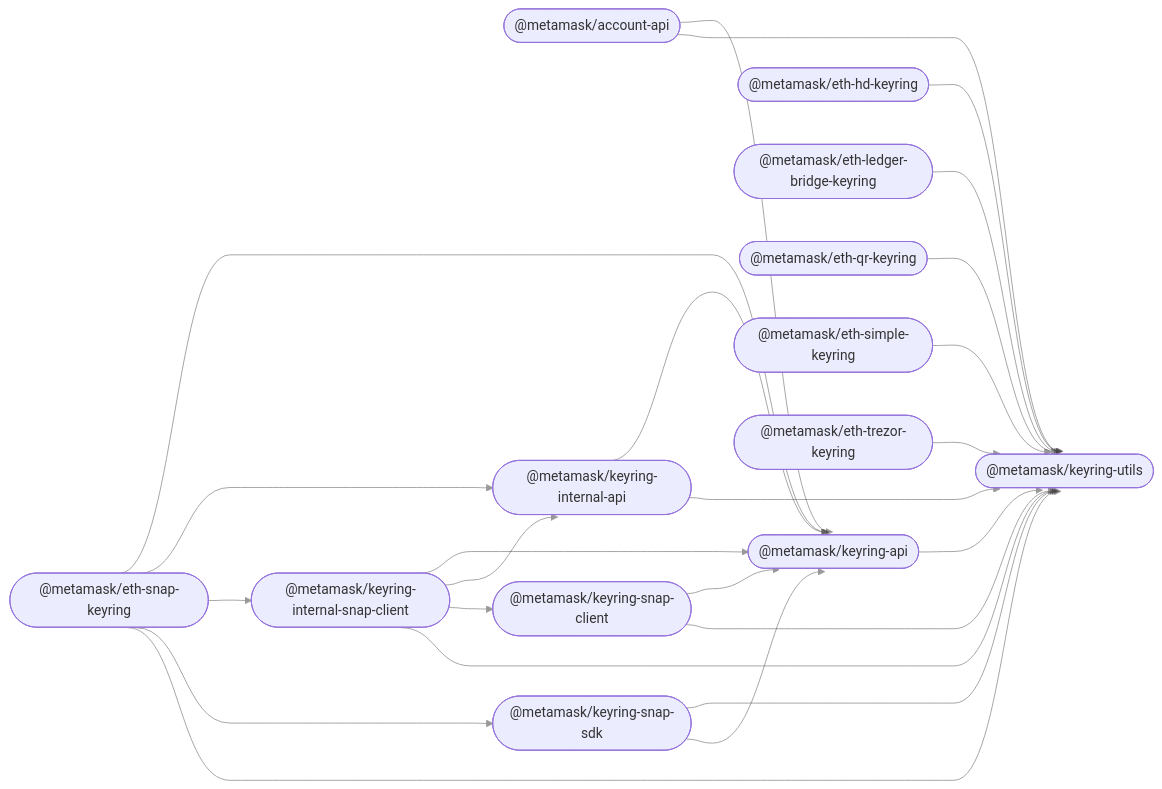
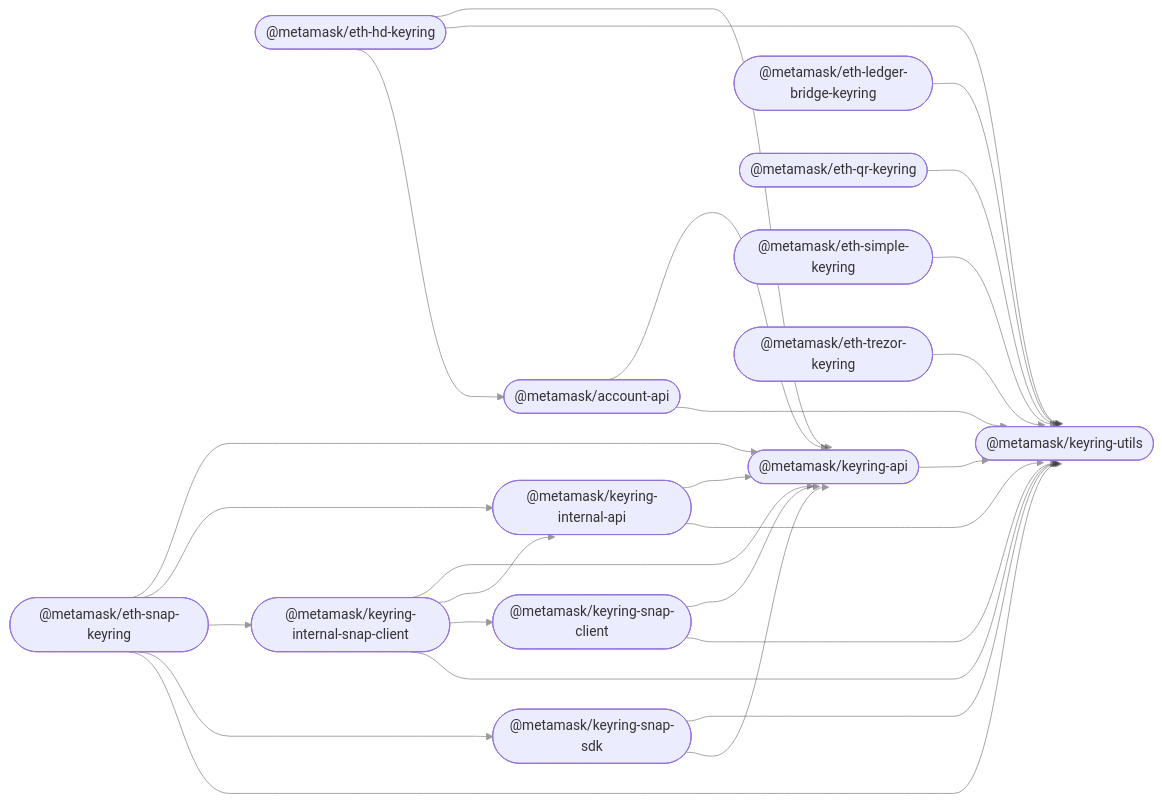
One commit to MetaMask/accounts changed the diagram in README.md. Above: the diagram before and after it, drawn with Mermaid. The commit also changed 22 other files, not shown here.

````diff
--- a/README.md
+++ b/README.md
@@ -35,41 +35,43 @@
 ```mermaid
 %%{ init: { 'flowchart': { 'curve': 'bumpX' } } }%%
 graph LR;
 linkStyle default opacity:0.5
   account_api(["@metamask/account-api"]);
   keyring_api(["@metamask/keyring-api"]);
   eth_hd_keyring(["@metamask/eth-hd-keyring"]);
   eth_ledger_bridge_keyring(["@metamask/eth-ledger-bridge-keyring"]);
   eth_qr_keyring(["@metamask/eth-qr-keyring"]);
   eth_simple_keyring(["@metamask/eth-simple-keyring"]);
   eth_trezor_keyring(["@metamask/eth-trezor-keyring"]);
   keyring_internal_api(["@metamask/keyring-internal-api"]);
   keyring_internal_snap_client(["@metamask/keyring-internal-snap-client"]);
   eth_snap_keyring(["@metamask/eth-snap-keyring"]);
   keyring_snap_client(["@metamask/keyring-snap-client"]);
   keyring_snap_sdk(["@metamask/keyring-snap-sdk"]);
   keyring_utils(["@metamask/keyring-utils"]);
   account_api --> keyring_api;
   account_api --> keyring_utils;
   keyring_api --> keyring_utils;
+  eth_hd_keyring --> keyring_api;
   eth_hd_keyring --> keyring_utils;
+  eth_hd_keyring --> account_api;
   eth_ledger_bridge_keyring --> keyring_utils;
   eth_qr_keyring --> keyring_utils;
   eth_simple_keyring --> keyring_utils;
   eth_trezor_keyring --> keyring_utils;
   keyring_internal_api --> keyring_api;
   keyring_internal_api --> keyring_utils;
   keyring_internal_snap_client --> keyring_api;
   keyring_internal_snap_client --> keyring_internal_api;
   keyring_internal_snap_client --> keyring_snap_client;
   keyring_internal_snap_client --> keyring_utils;
   eth_snap_keyring --> keyring_api;
   eth_snap_keyring --> keyring_internal_api;
   eth_snap_keyring --> keyring_internal_snap_client;
   eth_snap_keyring --> keyring_snap_sdk;
   eth_snap_keyring --> keyring_utils;
   keyring_snap_client --> keyring_api;
   keyring_snap_client --> keyring_utils;
   keyring_snap_sdk --> keyring_utils;
   keyring_snap_sdk --> keyring_api;
 ```
````
